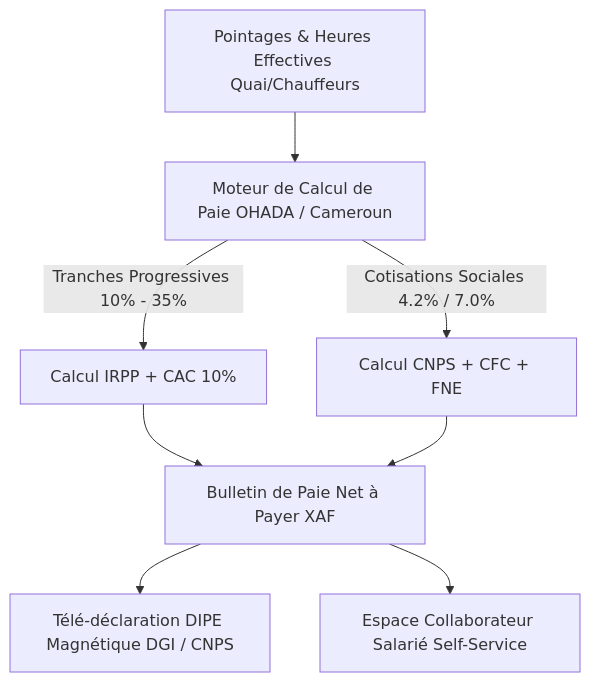
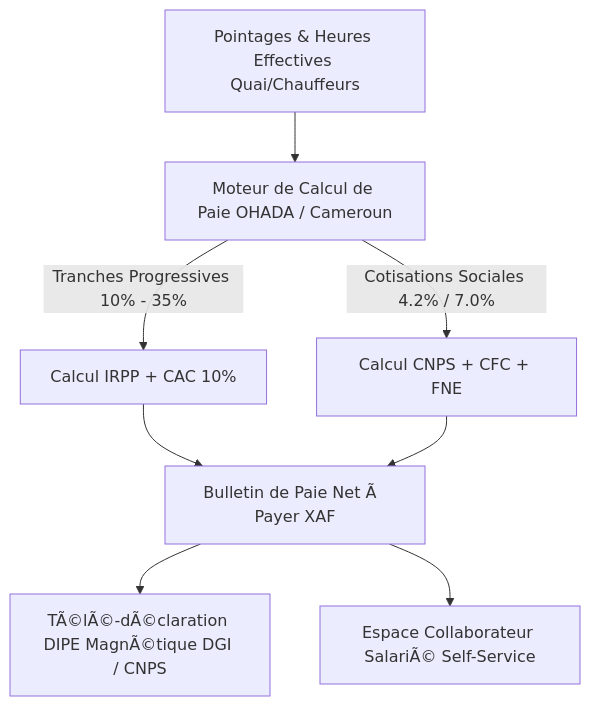
The diagram in RAPORT_EXPERTISE_RH.md (elevationchic-ux/evo-log-pro), drawn with Mermaid before and after one commit. The commit also changed other lines of this file and 27 other files, not shown here.

````diff
--- a/RAPORT_EXPERTISE_RH.md
+++ b/RAPORT_EXPERTISE_RH.md
@@ -51,10 +51,10 @@
 ```mermaid
 graph TD
     A[Pointages & Heures Effectives Quai/Chauffeurs] --> B[Moteur de Calcul de Paie OHADA / Cameroun]
     B -->|Tranches Progressives 10% - 35%| C[Calcul IRPP + CAC 10%]
     B -->|Cotisations Sociales 4.2% / 7.0%| D[Calcul CNPS + CFC + FNE]
-    C --> E[Bulletin de Paie Net à Payer XAF]
+    C --> E[Bulletin de Paie Net Ã  Payer XAF]
     D --> E
-    E --> F[Télé-déclaration DIPE Magnétique DGI / CNPS]
-    E --> G[Espace Collaborateur Salarié Self-Service]
+    E --> F[TÃ©lÃ©-dÃ©claration DIPE MagnÃ©tique DGI / CNPS]
+    E --> G[Espace Collaborateur SalariÃ© Self-Service]
 ```
````
